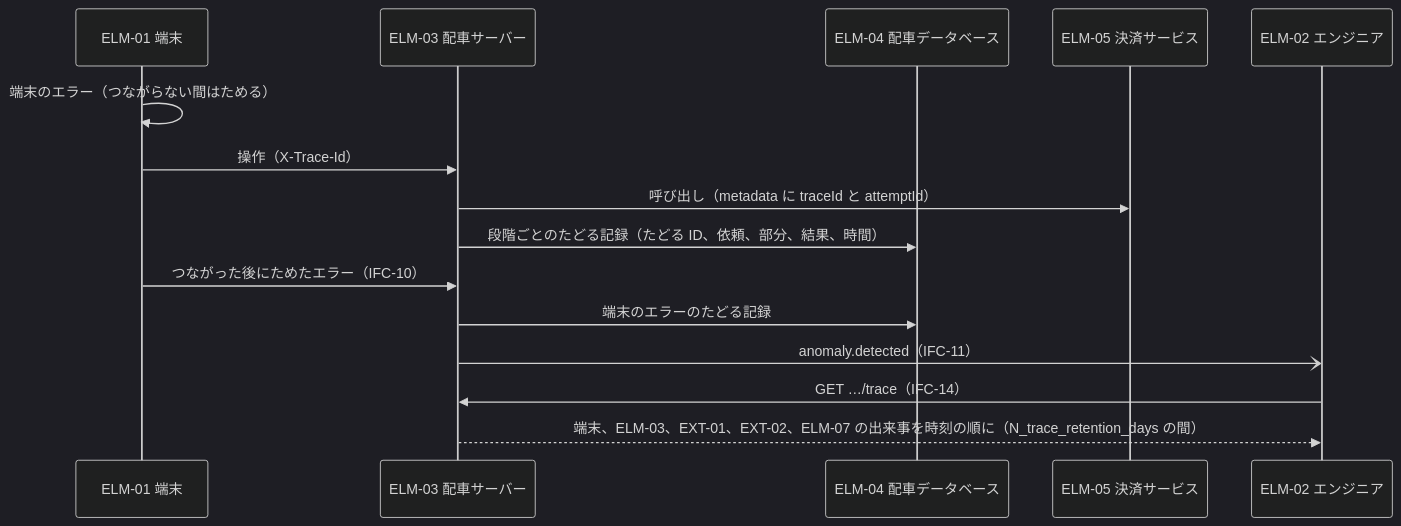
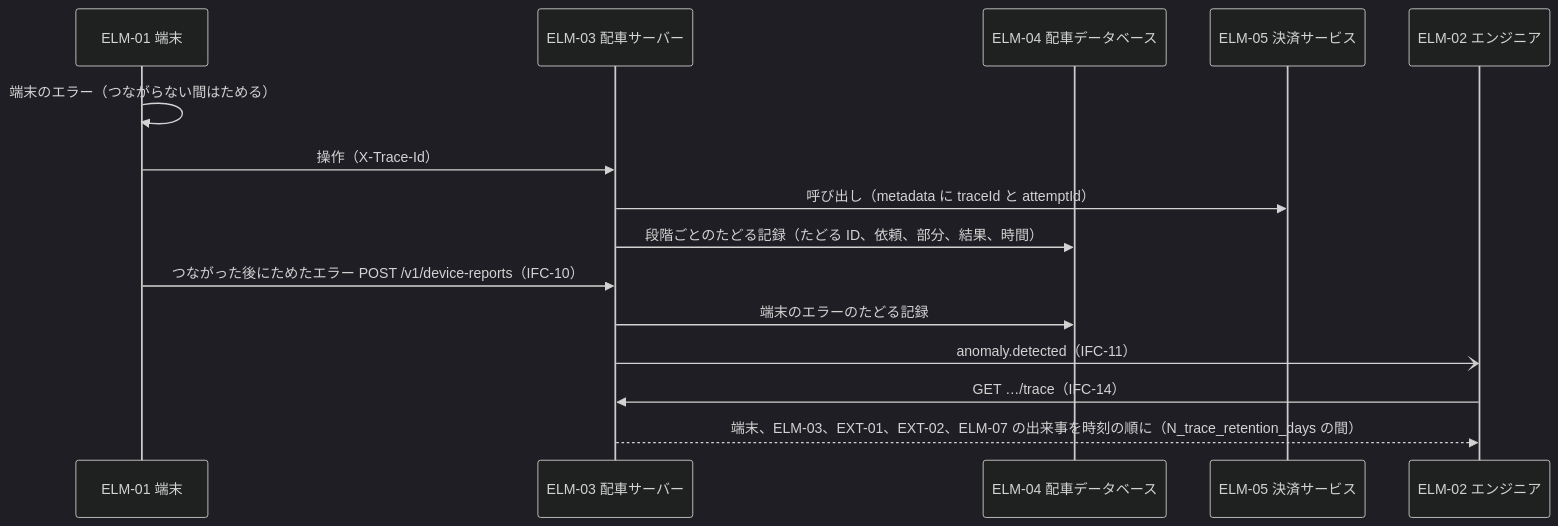
Diagram 30 of 57 in docs/design/3-high-level-design.md (Taro000/ride-hailing-app-demo), drawn with Mermaid (dark theme) before and after one commit. The commit also changed other lines of this file and 51 other files, not shown here.

````diff
--- a/docs/design/3-high-level-design.md
+++ b/docs/design/3-high-level-design.md
@@ -923,17 +1043,17 @@
 ```mermaid
 sequenceDiagram
   participant A as ELM-01 端末
   participant S as ELM-03 配車サーバー
   participant DB as ELM-04 配車データベース
   participant PAY as ELM-05 決済サービス
   participant E as ELM-02 エンジニア
   A->>A: 端末のエラー（つながらない間はためる）
   A->>S: 操作（X-Trace-Id）
   S->>PAY: 呼び出し（metadata に traceId と attemptId）
   S->>DB: 段階ごとのたどる記録（たどる ID、依頼、部分、結果、時間）
-  A->>S: つながった後にためたエラー（IFC-10）
+  A->>S: つながった後にためたエラー POST /v1/device-reports（IFC-10）
   S->>DB: 端末のエラーのたどる記録
   S-)E: anomaly.detected（IFC-11）
   E->>S: GET …/trace（IFC-14）
   S-->>E: 端末、ELM-03、EXT-01、EXT-02、ELM-07 の出来事を時刻の順に（N_trace_retention_days の間）
 ```
````
